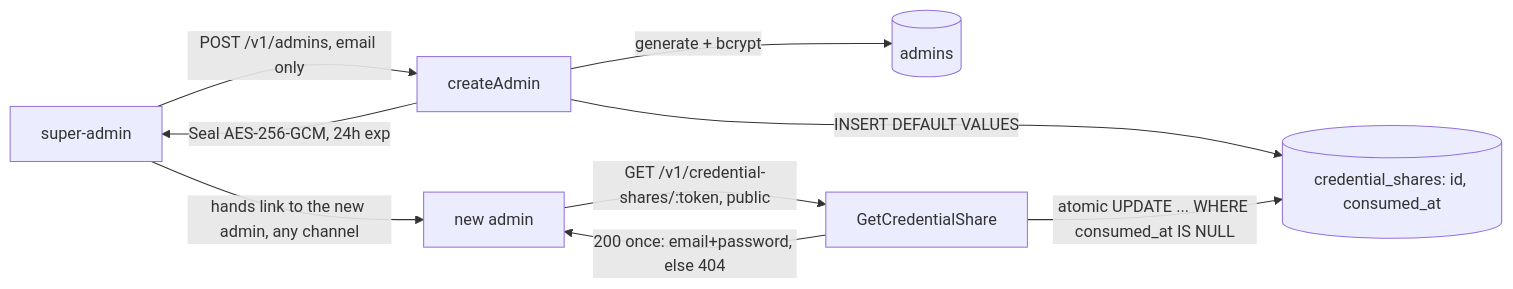
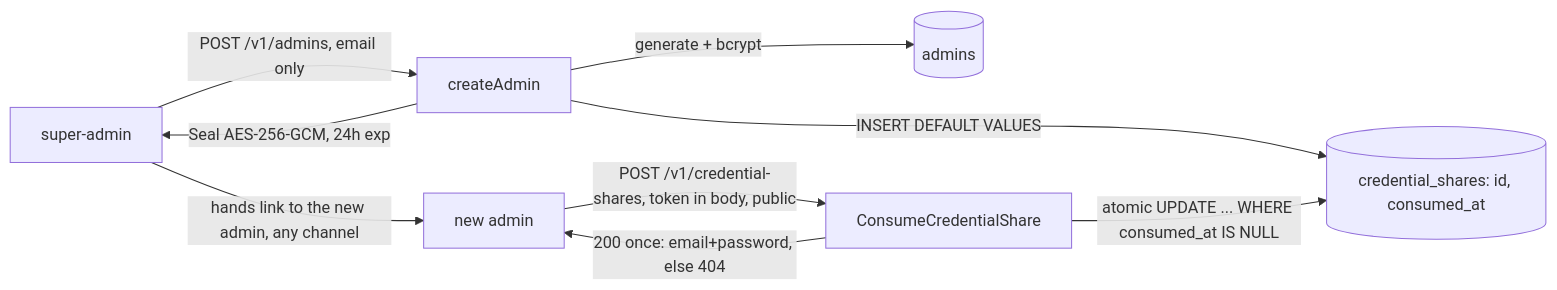
Before and after one commit to MyHobbees/app-myhobbees: the second of 2 diagrams in aidd_docs/memory/auth.md, drawn with Mermaid. The commit also changed other lines of this file and 3 other files, not shown here.

First line of the commit message:
fix(api): move the credential-share token out of the URL, harden secret validation

````diff
--- a/aidd_docs/memory/auth.md
+++ b/aidd_docs/memory/auth.md
@@ -36,11 +38,11 @@
 ```mermaid
 flowchart LR
     super[super-admin] -->|POST /v1/admins, email only| create[createAdmin]
     create -->|generate + bcrypt| admins[(admins)]
     create -->|INSERT DEFAULT VALUES| shares[(credential_shares: id, consumed_at)]
     create -->|Seal AES-256-GCM, 24h exp| super
     super -->|hands link to the new admin, any channel| newadmin[new admin]
-    newadmin -->|GET /v1/credential-shares/:token, public| open[GetCredentialShare]
+    newadmin -->|POST /v1/credential-shares, token in body, public| open[ConsumeCredentialShare]
     open -->|atomic UPDATE ... WHERE consumed_at IS NULL| shares
     open -->|200 once: email+password, else 404| newadmin
 ```
````
